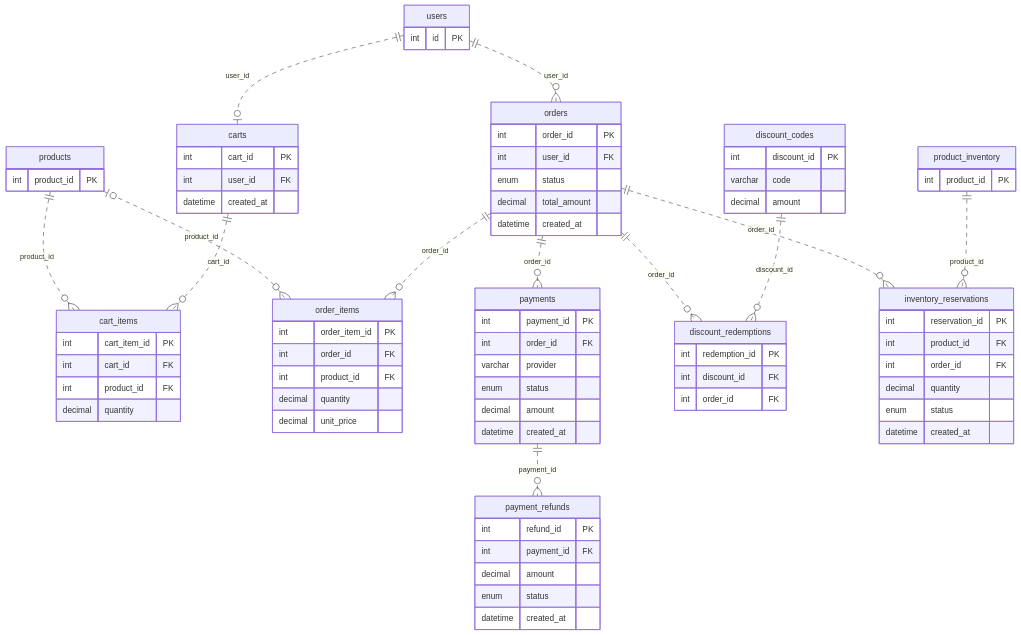
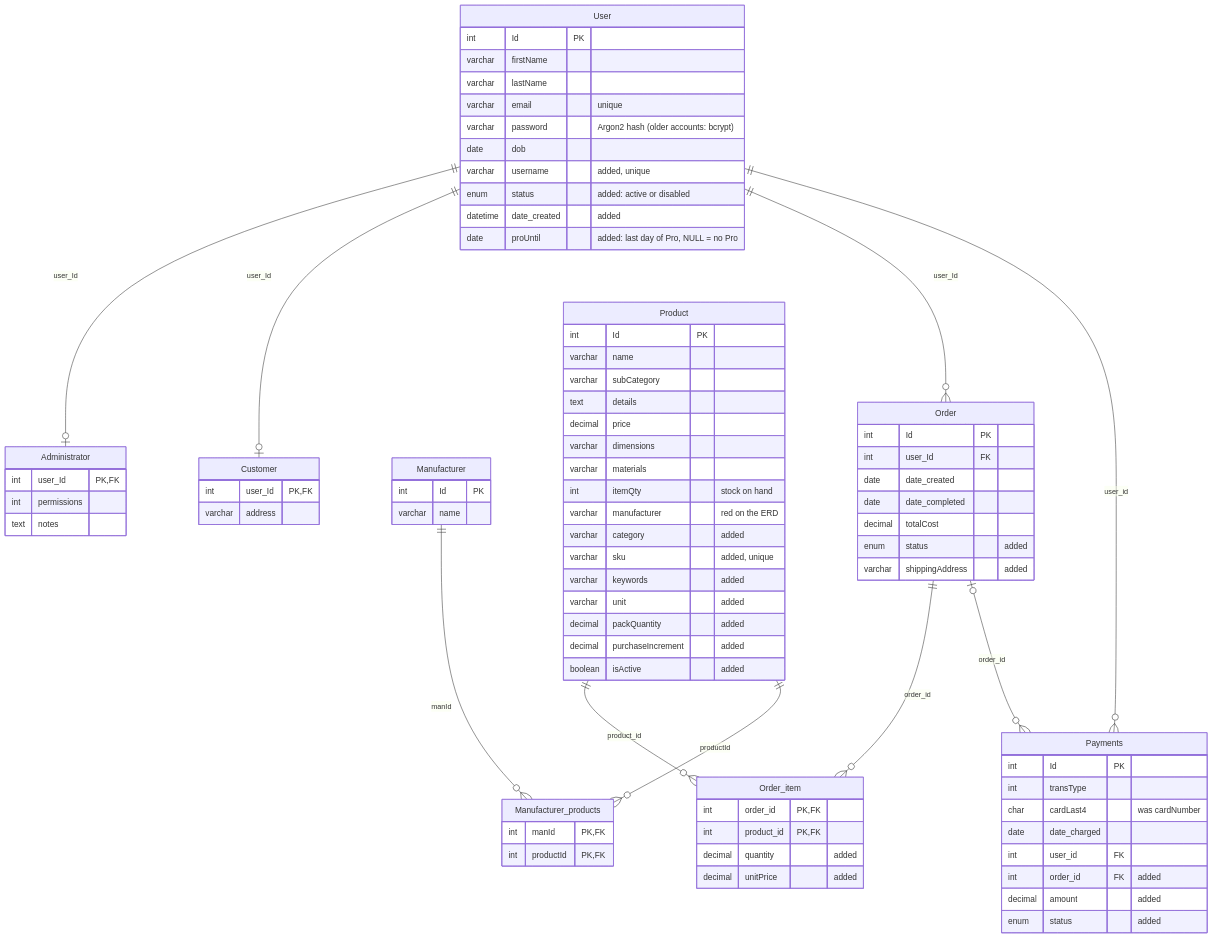
Before and after one commit to Matthewh1225/Group-Class-Construction-Website: the first of 2 diagrams in docs/database_erd.md, drawn with Mermaid. The commit also changed other lines of this file and 40 other files, not shown here.

````diff
--- a/docs/database_erd.md
+++ b/docs/database_erd.md
@@ -137,82 +6,84 @@
 ```mermaid
 erDiagram
-    carts {
-        int cart_id PK
+    User {
+        int Id PK
+        varchar firstName
+        varchar lastName
+        varchar email "unique"
+        varchar password "Argon2 hash (older accounts: bcrypt)"
+        date dob
+        varchar username "added, unique"
+        enum status "added: active or disabled"
+        datetime date_created "added"
+        date proUntil "added: last day of Pro, NULL = no Pro"
+    }
+    Administrator {
+        int user_Id PK, FK
+        int permissions
+        text notes
+    }
+    Customer {
+        int user_Id PK, FK
+        varchar address
+    }
+    Manufacturer {
+        int Id PK
+        varchar name
+    }
+    Manufacturer_products {
+        int manId PK, FK
+        int productId PK, FK
+    }
+    Product {
+        int Id PK
+        varchar name
+        varchar subCategory
+        text details
+        decimal price
+        varchar dimensions
+        varchar materials
+        int itemQty "stock on hand"
+        varchar manufacturer "red on the ERD"
+        varchar category "added"
+        varchar sku "added, unique"
+        varchar keywords "added"
+        varchar unit "added"
+        decimal packQuantity "added"
+        decimal purchaseIncrement "added"
+        boolean isActive "added"
+    }
+    Order {
+        int Id PK
+        int user_Id FK
+        date date_created
+        date date_completed
+        decimal totalCost
+        enum status "added"
+        varchar shippingAddress "added"
+    }
+    Order_item {
+        int order_id PK, FK
+        int product_id PK, FK
+        decimal quantity "added"
+        decimal unitPrice "added"
+    }
+    Payments {
+        int Id PK
+        int transType
+        char cardLast4 "was cardNumber"
+        date date_charged
         int user_id FK
-        datetime created_at
+        int order_id FK "added"
+        decimal amount "added"
+        enum status "added"
     }
-    cart_items {
-        int cart_item_id PK
-        int cart_id FK
-        int product_id FK
-        decimal quantity
-    }
-    orders {
-        int order_id PK
-        int user_id FK
-        enum status
-        decimal total_amount
-        datetime created_at
-    }
-    order_items {
-        int order_item_id PK
-        int order_id FK
-        int product_id FK
-        decimal quantity
-        decimal unit_price
-    }
-    payments {
-        int payment_id PK
-        int order_id FK
-        varchar provider
-        enum status
-        decimal amount
-        datetime created_at
-    }
-    payment_refunds {
-        int refund_id PK
-        int payment_id FK
-        decimal amount
-        enum status
-        datetime created_at
-    }
-    discount_codes {
-        int discount_id PK
-        varchar code
-        decimal amount
-    }
-    discount_redemptions {
-        int redemption_id PK
-        int discount_id FK
-        int order_id FK
-    }
-    inventory_reservations {
-        int reservation_id PK
-        int product_id FK
-        int order_id FK
-        decimal quantity
-        enum status
-        datetime created_at
-    }
-    product_inventory {
-        int product_id PK
-    }
-    products {
-        int product_id PK
-    }
-    users {
-        int id PK
-    }
-    carts ||..o{ cart_items : "cart_id"
-    products ||..o{ cart_items : "product_id"
-    users ||..o| carts : "user_id"
-    discount_codes ||..o{ discount_redemptions : "discount_id"
-    orders ||..o{ discount_redemptions : "order_id"
-    product_inventory ||..o{ inventory_reservations : "product_id"
-    orders ||..o{ inventory_reservations : "order_id"
-    orders ||..o{ order_items : "order_id"
-    products o|..o{ order_items : "product_id"
-    users ||..o{ orders : "user_id"
-    payments ||..o{ payment_refunds : "payment_id"
-    orders ||..o{ payments : "order_id"
+    User ||--o| Administrator : "user_Id"
+    User ||--o| Customer : "user_Id"
+    User ||--o{ Order : "user_Id"
+    User ||--o{ Payments : "user_id"
+    Order ||--o{ Order_item : "order_id"
+    Product ||--o{ Order_item : "product_id"
+    Order |o--o{ Payments : "order_id"
+    Manufacturer ||--o{ Manufacturer_products : "manId"
+    Product ||--o{ Manufacturer_products : "productId"
 ```
````
